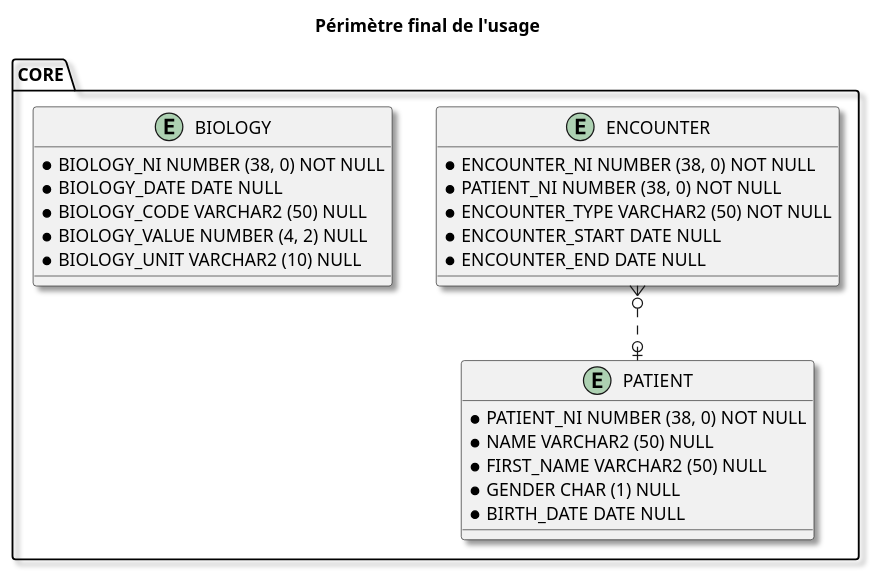
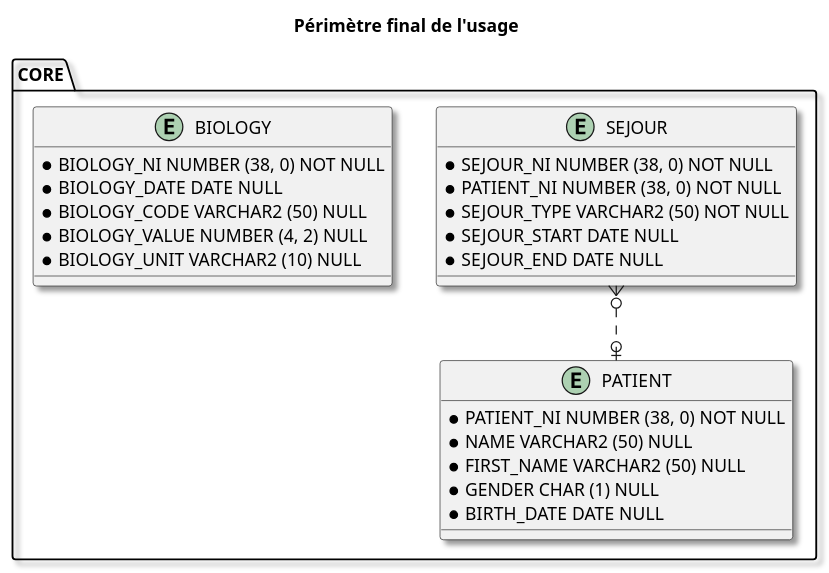
One commit to aphp/IG-fhir-dm changed the diagram in input/images-source/core-map.plantuml. Above: the diagram before and after it, drawn with PlantUML. The commit also changed 134 other files, not shown here.

```diff
--- a/input/images-source/core-map.plantuml
+++ b/input/images-source/core-map.plantuml
@@ -1,40 +1,40 @@
 @startuml
 
 skinparam Shadowing 1.0
 ' avoid problems with angled crows feet
 skinparam linetype ortho
 
 title
 Périmètre final de l'usage
 end title
 
 entity CORE.PATIENT {
   * {field} PATIENT_NI NUMBER (38, 0) NOT NULL
   * {field} NAME VARCHAR2 (50) NULL
   * {field} FIRST_NAME VARCHAR2 (50) NULL
   * {field} GENDER CHAR (1) NULL
   * {field} BIRTH_DATE DATE NULL
 }
 
-entity CORE.ENCOUNTER {
-  * {field} ENCOUNTER_NI NUMBER (38, 0) NOT NULL
+entity CORE.SEJOUR {
+  * {field} SEJOUR_NI NUMBER (38, 0) NOT NULL
   * {field} PATIENT_NI NUMBER (38, 0) NOT NULL
-  * {field} ENCOUNTER_TYPE VARCHAR2 (50) NOT NULL
-  * {field} ENCOUNTER_START DATE NULL
-  * {field} ENCOUNTER_END DATE NULL
+  * {field} SEJOUR_TYPE VARCHAR2 (50) NOT NULL
+  * {field} SEJOUR_START DATE NULL
+  * {field} SEJOUR_END DATE NULL
 }
 
 entity CORE.BIOLOGY {
   * {field} BIOLOGY_NI NUMBER (38, 0) NOT NULL
   * {field} BIOLOGY_DATE DATE NULL
   * {field} BIOLOGY_CODE VARCHAR2 (50) NULL
   * {field} BIOLOGY_VALUE NUMBER (4, 2) NULL
   * {field} BIOLOGY_UNIT VARCHAR2 (10) NULL
 }
 
 
 
-CORE.ENCOUNTER }o..o| CORE.PATIENT
+CORE.SEJOUR }o..o| CORE.PATIENT
 
 
 @enduml
```
